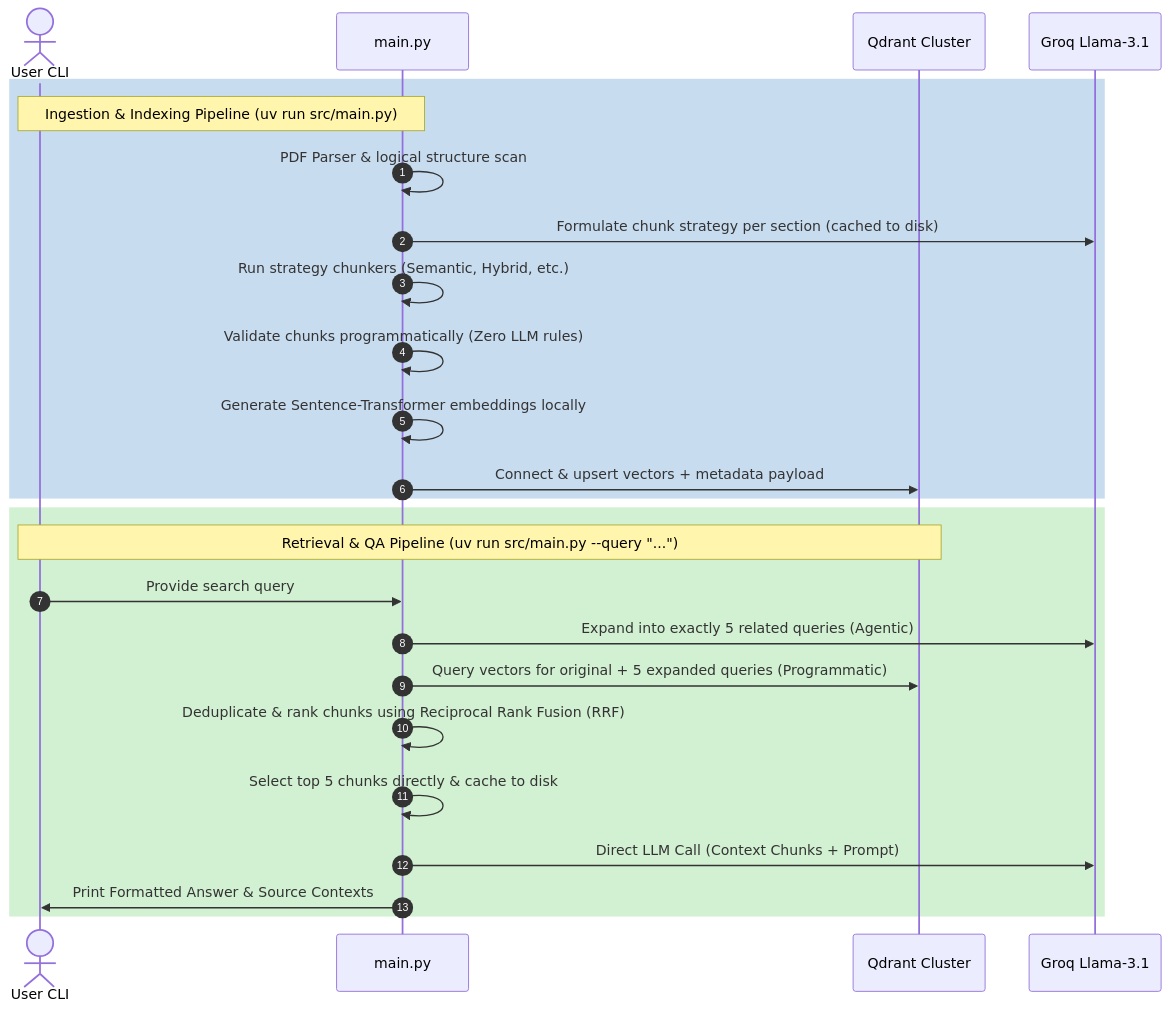
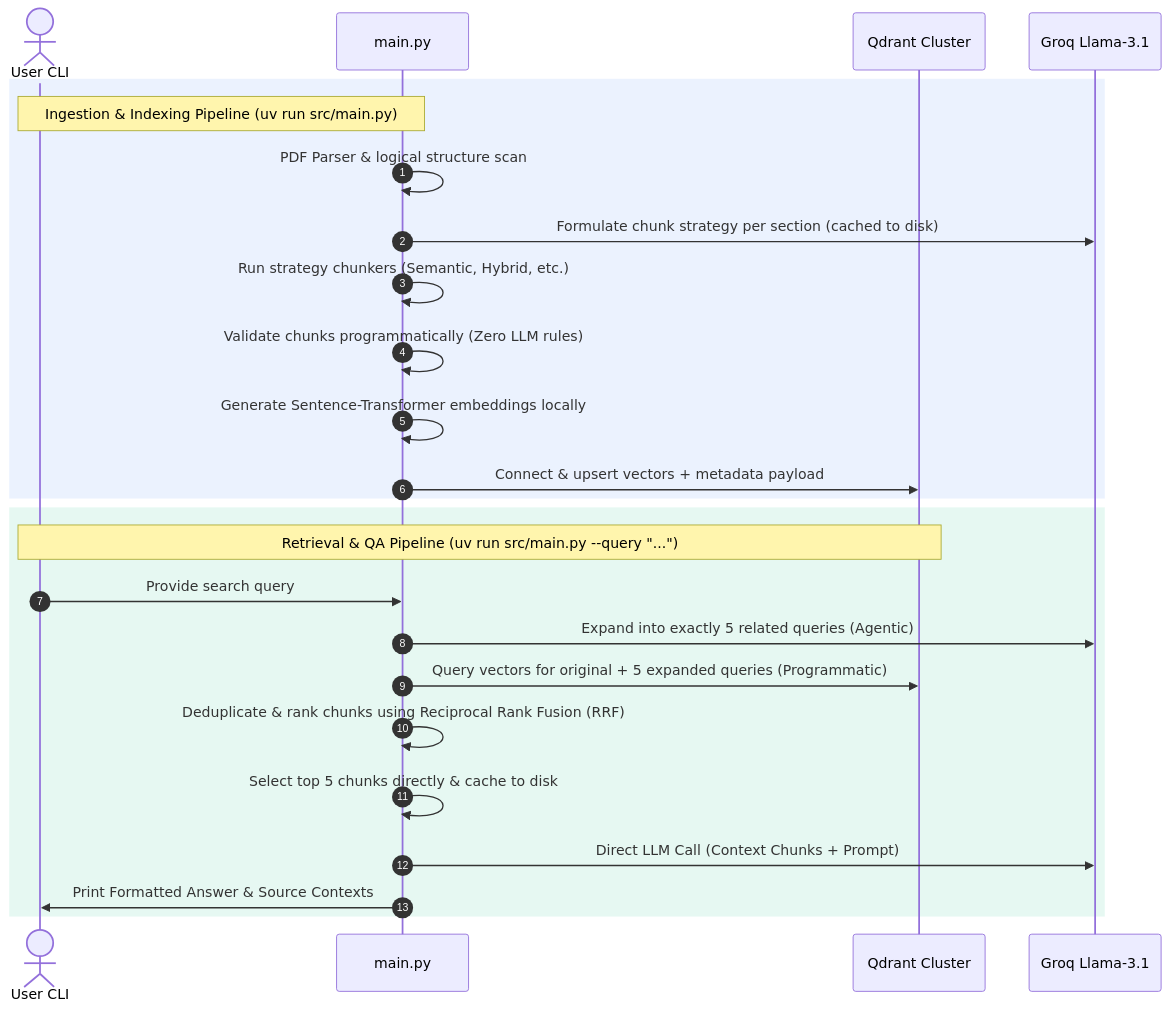
Before and after one commit to dharsanSri/Reserachpaper-Agenti-Chunker-Chatbot: the diagram in README.md, drawn with Mermaid.

Commit message:
Design: Improve sequence diagram contrast for light and dark themes using transparent RGBA colors

````diff
--- a/README.md
+++ b/README.md
@@ -83,29 +83,29 @@
 ```mermaid
 sequenceDiagram
     autonumber
     actor User as User CLI
     participant Main as main.py
     participant DB as Qdrant Cluster
     participant LLM as Groq Llama-3.1
     
-    rect rgb(200, 220, 240)
+    rect rgba(59, 130, 246, 0.1)
     Note over User, Main: Ingestion & Indexing Pipeline (uv run src/main.py)
     Main->>Main: PDF Parser & logical structure scan
     Main->>LLM: Formulate chunk strategy per section (cached to disk)
     Main->>Main: Run strategy chunkers (Semantic, Hybrid, etc.)
     Main->>Main: Validate chunks programmatically (Zero LLM rules)
     Main->>Main: Generate Sentence-Transformer embeddings locally
     Main->>DB: Connect & upsert vectors + metadata payload
     end
     
-    rect rgb(210, 240, 210)
+    rect rgba(16, 185, 129, 0.1)
     Note over User, DB: Retrieval & QA Pipeline (uv run src/main.py --query "...")
     User->>Main: Provide search query
     Main->>LLM: Expand into exactly 5 related queries (Agentic)
     Main->>DB: Query vectors for original + 5 expanded queries (Programmatic)
     Main->>Main: Deduplicate & rank chunks using Reciprocal Rank Fusion (RRF)
     Main->>Main: Select top 5 chunks directly & cache to disk
     Main->>LLM: Direct LLM Call (Context Chunks + Prompt)
     Main->>User: Print Formatted Answer & Source Contexts
     end
 ```
````
